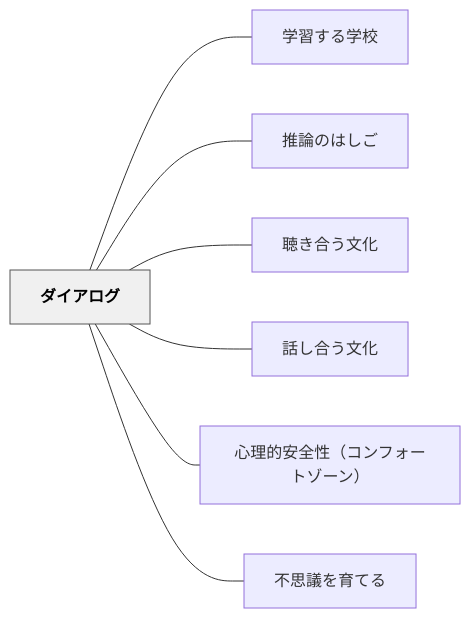
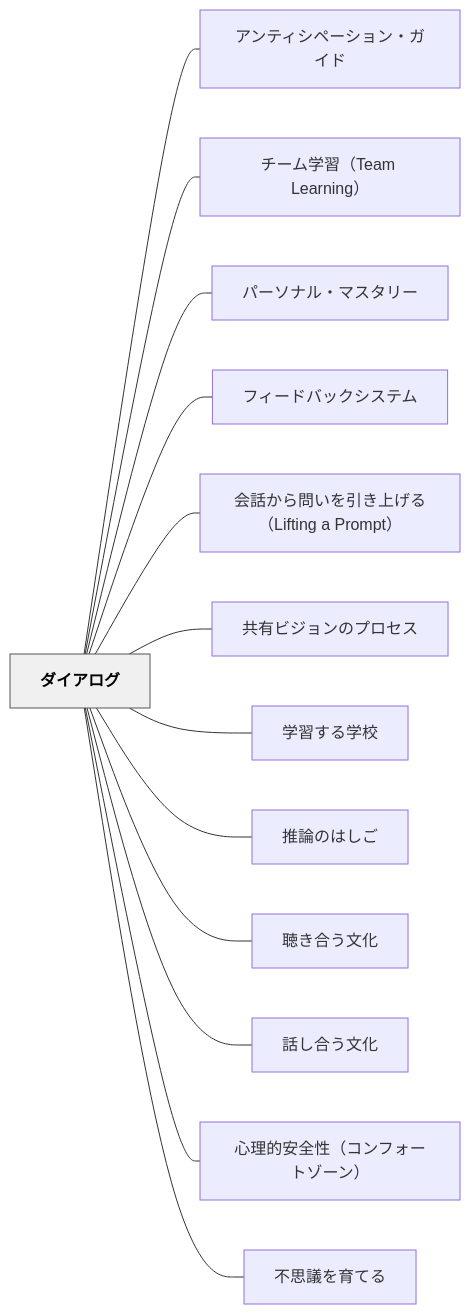
One commit to unknownthings-ed-patterns/unknownthings-ed-patterns changed the diagram in content/パタン/ダイアログ.md. Above: the diagram before and after it, drawn with Mermaid. The commit also changed other lines of this file and 473 other files, not shown here.

````diff
--- a/content/パタン/ダイアログ.md
+++ b/content/パタン/ダイアログ.md
@@ -121,20 +127,32 @@
 ```mermaid
 flowchart LR
     ne38380e382a4["ダイアログ"]
+    ne382a2e383b3["アンティシペーション・ガイド"]
+    ne38381e383bc["チーム学習（Team Learning）"]
+    ne38391e383bc["パーソナル・マスタリー"]
+    ne38395e382a3["フィードバックシステム"]
+    ne4bc9ae8a9b1["会話から問いを引き上げる（Lifting a Prompt）"]
+    ne585b1e69c89["共有ビジョンのプロセス"]
     ne5ada6e7bf92["学習する学校"]
     ne68ea8e8ab96["推論のはしご"]
     ne881b4e3818d["聴き合う文化"]
     ne8a9b1e38197["話し合う文化"]
     ne5bf83e79086["心理的安全性（コンフォートゾーン）"]
     ne4b88de6809d["不思議を育てる"]
 
+    ne38380e382a4 --- ne382a2e383b3
+    ne38380e382a4 --- ne38381e383bc
+    ne38380e382a4 --- ne38391e383bc
+    ne38380e382a4 --- ne38395e382a3
+    ne38380e382a4 --- ne4bc9ae8a9b1
+    ne38380e382a4 --- ne585b1e69c89
     ne38380e382a4 --- ne5ada6e7bf92
     ne38380e382a4 --- ne68ea8e8ab96
     ne38380e382a4 --- ne881b4e3818d
     ne38380e382a4 --- ne8a9b1e38197
     ne38380e382a4 --- ne5bf83e79086
     ne38380e382a4 --- ne4b88de6809d
 
     classDef hub fill:#f0f0f0,stroke:#555,color:#000,font-weight:bold
     class ne38380e382a4 hub
 ```
````
